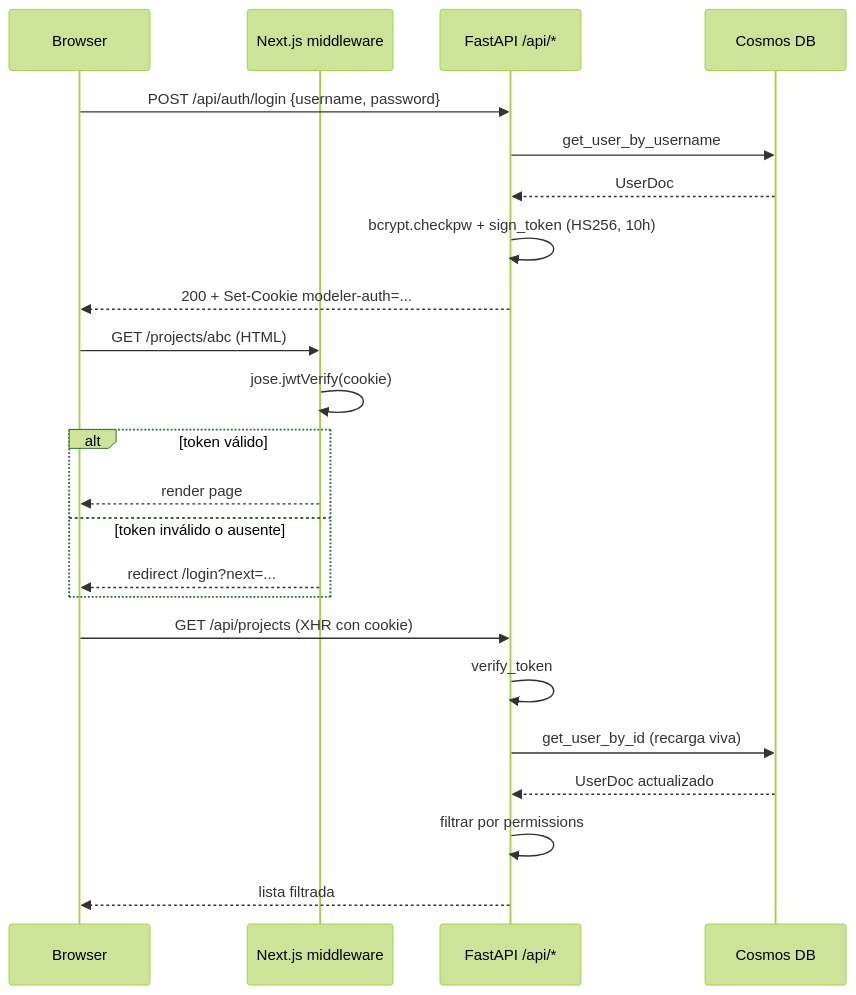
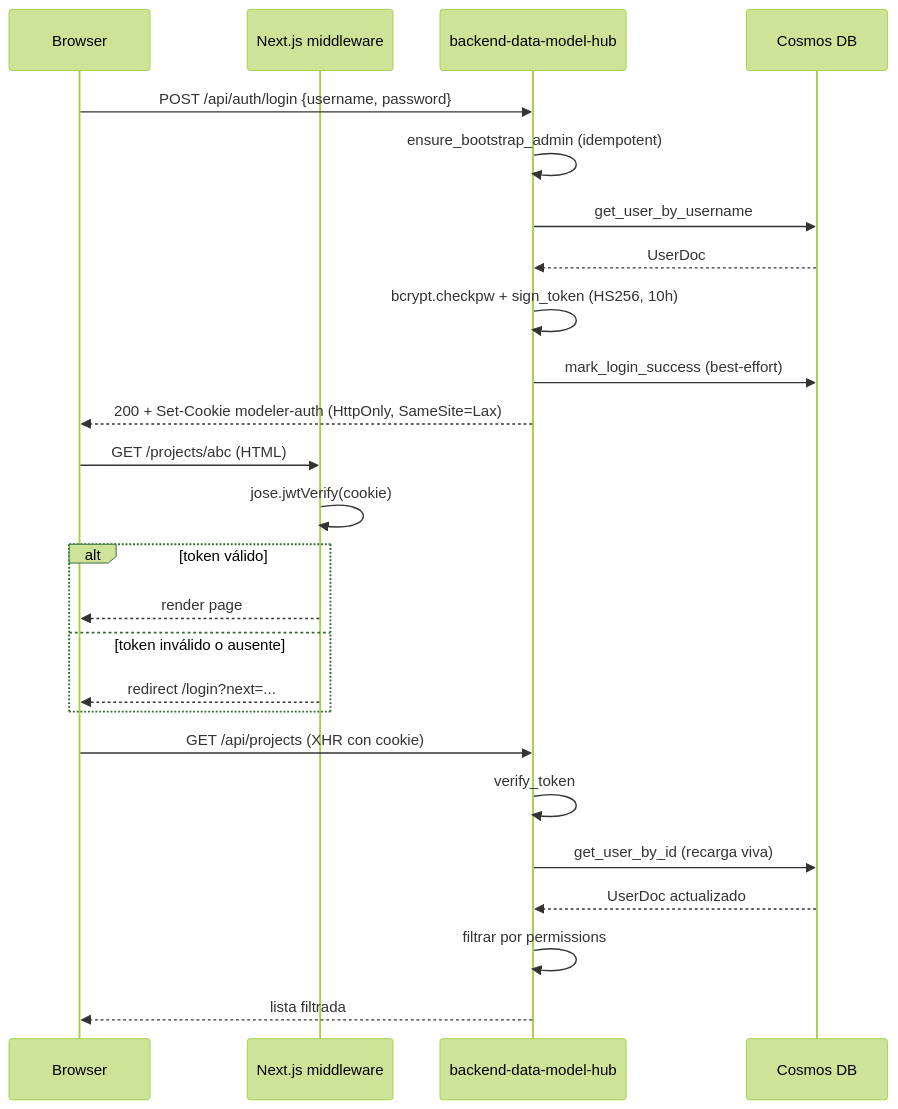
Before and after one commit to Carlosmps97/backend-data-model-hub: the fourth of 6 diagrams in doc/architecture.md, drawn with Mermaid (forest theme). The commit also changed other lines of this file and 15 other files, not shown here.

````diff
--- a/doc/architecture.md
+++ b/doc/architecture.md
@@ -218,28 +188,30 @@
 ```mermaid
 sequenceDiagram
     participant U as Browser
     participant M as Next.js middleware
-    participant FA as FastAPI /api/*
+    participant FA as backend-data-model-hub
     participant DB as Cosmos DB
 
     U->>FA: POST /api/auth/login {username, password}
+    FA->>FA: ensure_bootstrap_admin (idempotent)
     FA->>DB: get_user_by_username
     DB-->>FA: UserDoc
     FA->>FA: bcrypt.checkpw + sign_token (HS256, 10h)
-    FA-->>U: 200 + Set-Cookie modeler-auth=...
+    FA->>DB: mark_login_success (best-effort)
+    FA-->>U: 200 + Set-Cookie modeler-auth (HttpOnly, SameSite=Lax)
 
     U->>M: GET /projects/abc (HTML)
     M->>M: jose.jwtVerify(cookie)
     alt token válido
         M-->>U: render page
     else token inválido o ausente
         M-->>U: redirect /login?next=...
     end
 
     U->>FA: GET /api/projects (XHR con cookie)
     FA->>FA: verify_token
     FA->>DB: get_user_by_id (recarga viva)
     DB-->>FA: UserDoc actualizado
     FA->>FA: filtrar por permissions
     FA-->>U: lista filtrada
 ```
````
